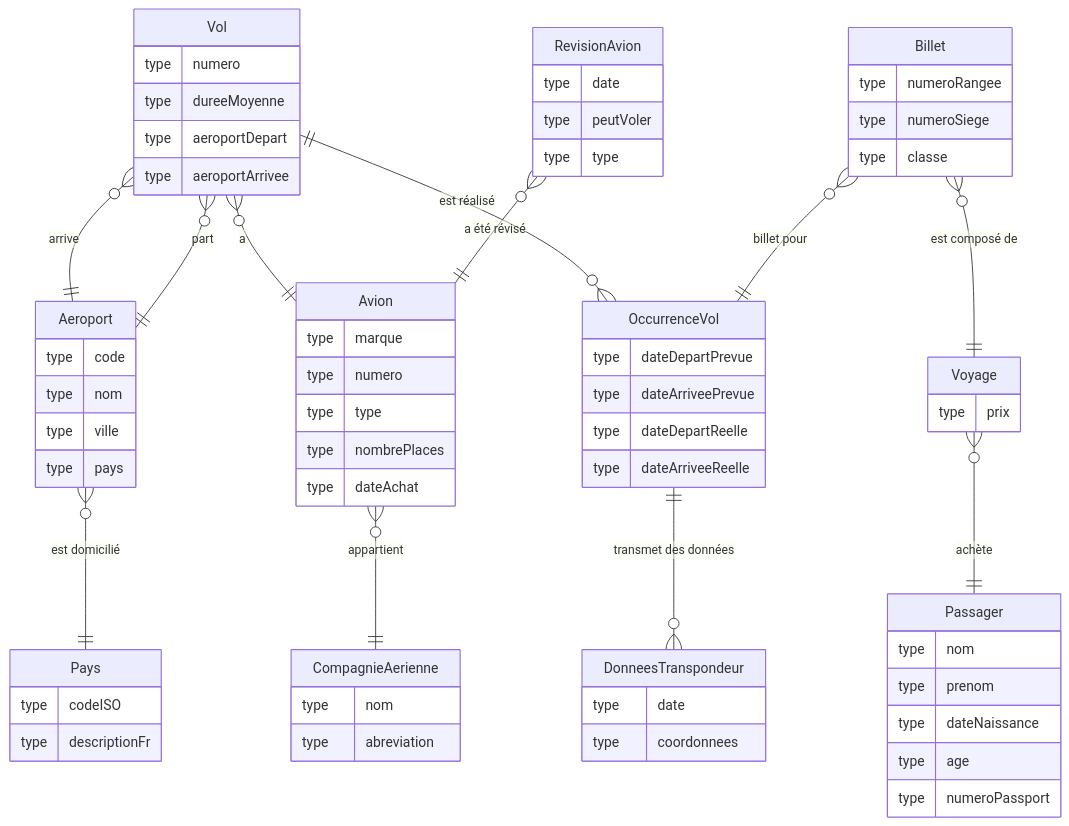
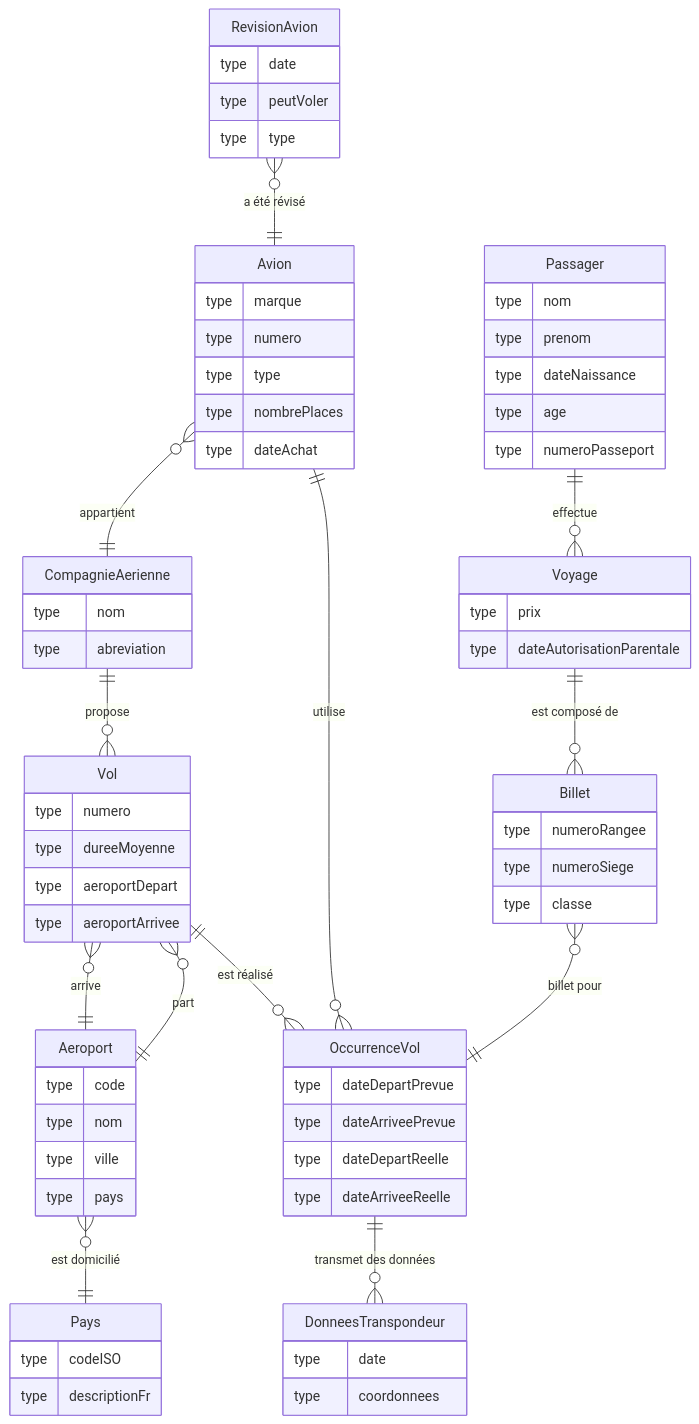
One commit to PiFou86/420-W34-SF-TP01 changed the diagram in README.md. Above: the diagram before and after it, drawn with Mermaid. The commit also changed other lines of this file, not shown here.

```diff
--- a/README.md
+++ b/README.md
@@ -70,6 +70,7 @@
     RevisionAvion {
         type date
         type peutVoler
+%% https://fr.wikipedia.org/wiki/Visites_de_maintenance_des_avions
         type type
     }
 
@@ -80,6 +81,7 @@
 
     Voyage {
         type prix
+        type dateAutorisationParentale
     }
 
     Billet {
@@ -93,20 +95,21 @@
         type prenom
         type dateNaissance
         type age
-        type numeroPassport
+        type numeroPasseport
     }
 
     Vol }o--|| Aeroport : arrive
     Vol }o--|| Aeroport : part
-    Vol }o--|| Avion : a
+    OccurrenceVol }o--|| Avion : utilise
+    CompagnieAerienne ||--o{ Vol : propose
     Vol ||--o{ OccurrenceVol : "est réalisé"
 
     Avion }o--|| CompagnieAerienne : appartient
 
-    Billet }o--|| Voyage : "est composé de"
+    Voyage ||--o{ Billet : "est composé de"
     Billet }o--|| OccurrenceVol : "billet pour"
 
-    Voyage }o--|| Passager : achète
+    Passager ||--o{ Voyage : effectue
 
     Aeroport }o--|| Pays : "est domicilié"
 
```
